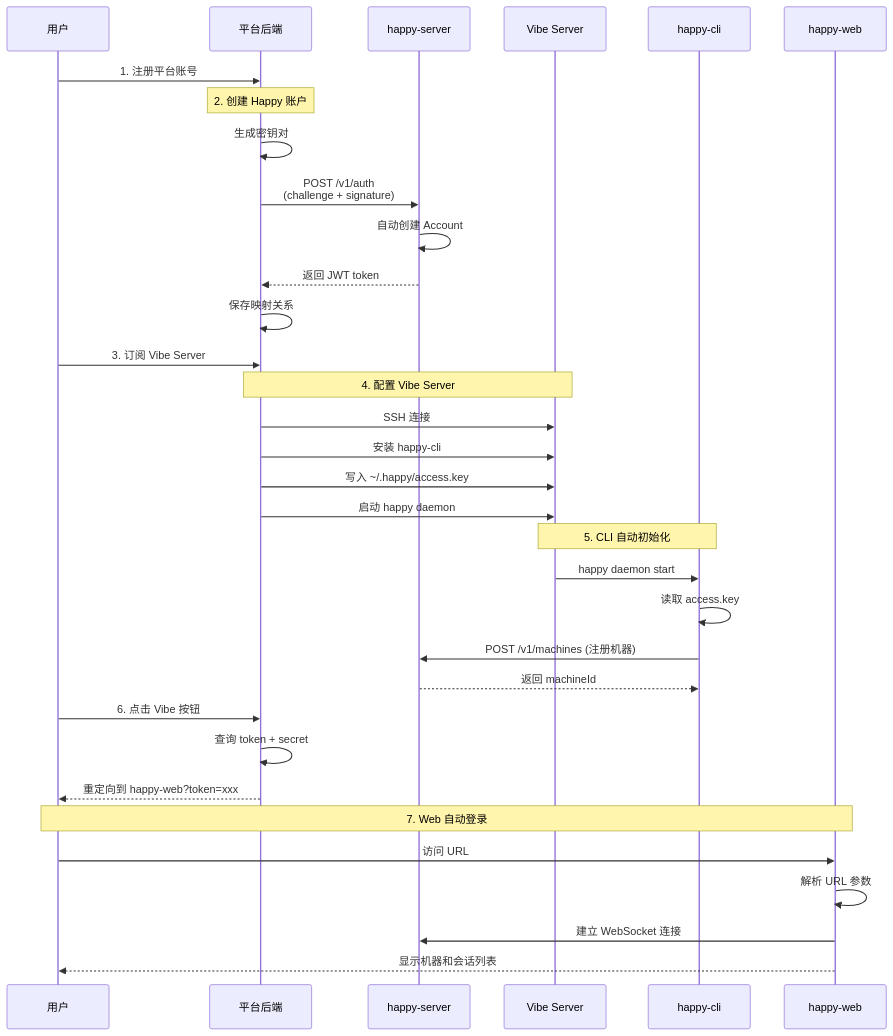
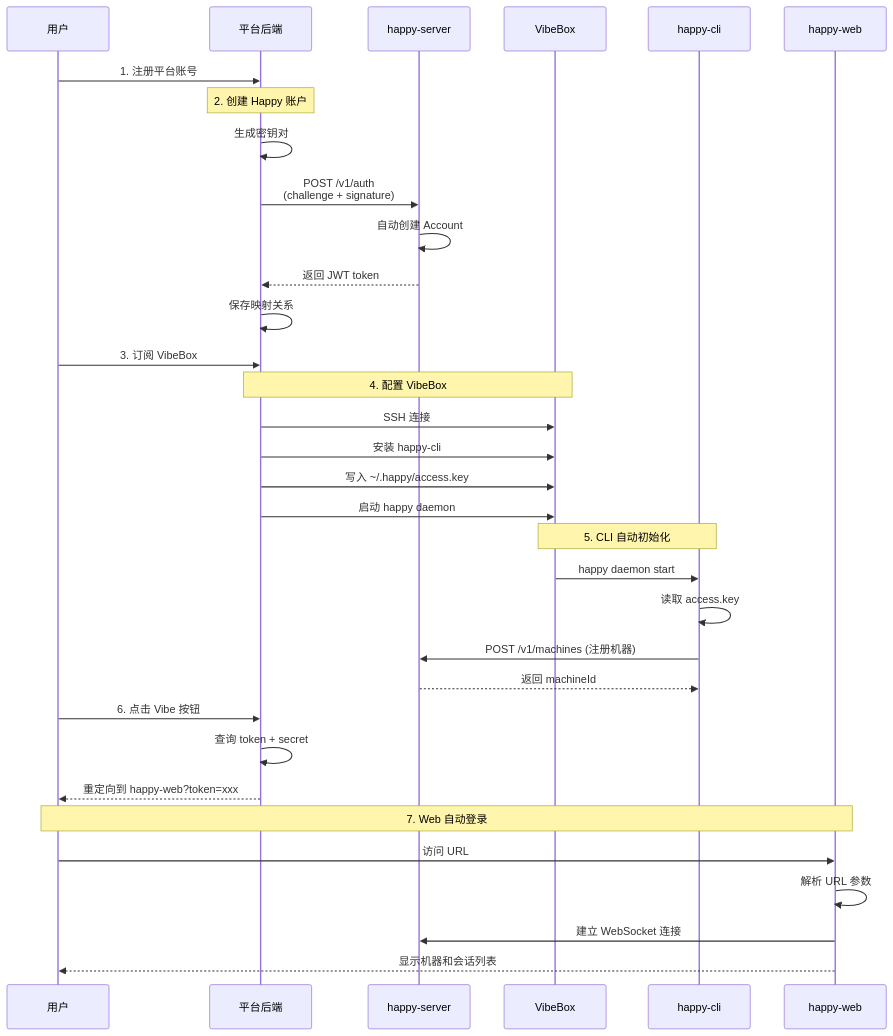
Before and after one commit to maslow/vibebox: the diagram in docs/implementation/zero-modification-solution.md, drawn with Mermaid. The commit also changed other lines of this file and 14 other files, not shown here.

First line of the commit message:
rebrand: rename project from "Happy - Vibe Server" to "VibeBox"

````diff
--- a/docs/implementation/zero-modification-solution.md
+++ b/docs/implementation/zero-modification-solution.md
@@ -214,42 +214,42 @@
 ```mermaid
 sequenceDiagram
     participant User as 用户
     participant Platform as 平台后端
     participant HappyServer as happy-server
-    participant VibeServer as Vibe Server
+    participant VibeServer as VibeBox
     participant CLI as happy-cli
     participant Web as happy-web
 
     User->>Platform: 1. 注册平台账号
 
     Note over Platform: 2. 创建 Happy 账户
     Platform->>Platform: 生成密钥对
     Platform->>HappyServer: POST /v1/auth<br/>(challenge + signature)
     HappyServer->>HappyServer: 自动创建 Account
     HappyServer-->>Platform: 返回 JWT token
     Platform->>Platform: 保存映射关系
 
-    User->>Platform: 3. 订阅 Vibe Server
+    User->>Platform: 3. 订阅 VibeBox
 
-    Note over Platform,VibeServer: 4. 配置 Vibe Server
+    Note over Platform,VibeServer: 4. 配置 VibeBox
     Platform->>VibeServer: SSH 连接
     Platform->>VibeServer: 安装 happy-cli
     Platform->>VibeServer: 写入 ~/.happy/access.key
     Platform->>VibeServer: 启动 happy daemon
 
     Note over VibeServer,CLI: 5. CLI 自动初始化
     VibeServer->>CLI: happy daemon start
     CLI->>CLI: 读取 access.key
     CLI->>HappyServer: POST /v1/machines (注册机器)
     HappyServer-->>CLI: 返回 machineId
 
     User->>Platform: 6. 点击 Vibe 按钮
     Platform->>Platform: 查询 token + secret
     Platform-->>User: 重定向到 happy-web?token=xxx
 
     Note over User,Web: 7. Web 自动登录
     User->>Web: 访问 URL
     Web->>Web: 解析 URL 参数
     Web->>HappyServer: 建立 WebSocket 连接
     Web-->>User: 显示机器和会话列表
 ```
````
